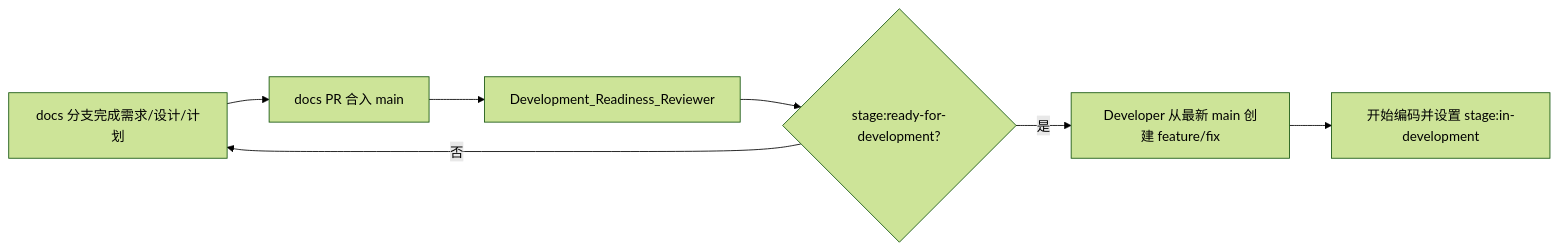
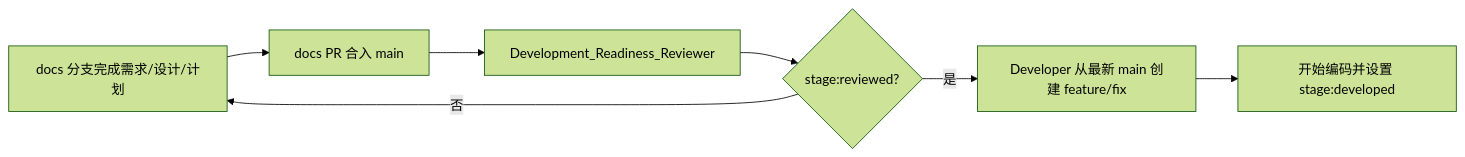
Before and after one commit to JumpStarGroup/health_platform: the diagram in docs/guides/PROJECT-WORKFLOW-ROLES-PPT.md, drawn with Mermaid (forest theme). The commit also changed other lines of this file and 7 other files, not shown here.

````diff
--- a/docs/guides/PROJECT-WORKFLOW-ROLES-PPT.md
+++ b/docs/guides/PROJECT-WORKFLOW-ROLES-PPT.md
@@ -197,9 +197,9 @@
 ```mermaid
 flowchart LR
     A[docs 分支完成需求/设计/计划] --> B[docs PR 合入 main]
     B --> C[Development_Readiness_Reviewer]
-    C --> D{stage:ready-for-development?}
+    C --> D{stage:reviewed?}
     D -- 否 --> A
     D -- 是 --> E[Developer 从最新 main 创建 feature/fix]
-    E --> F[开始编码并设置 stage:in-development]
+    E --> F[开始编码并设置 stage:developed]
 ```
````
